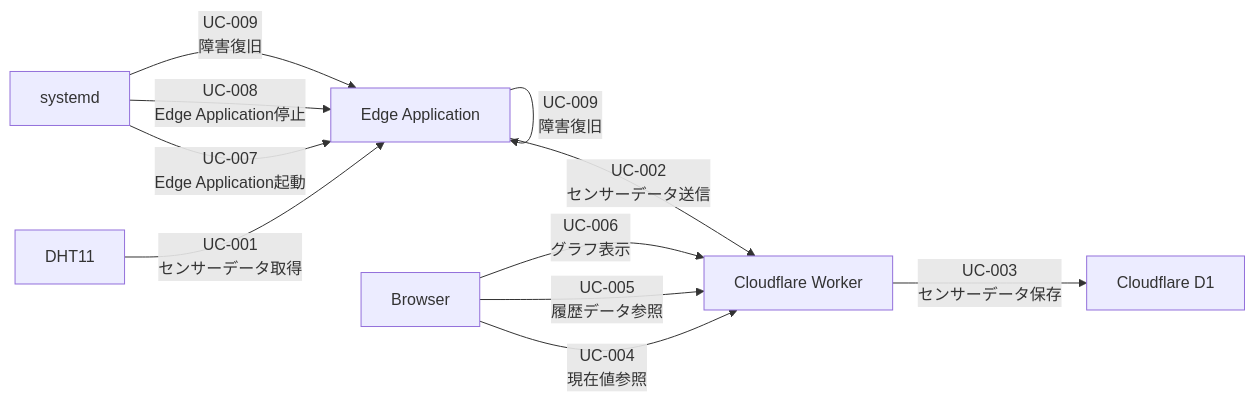
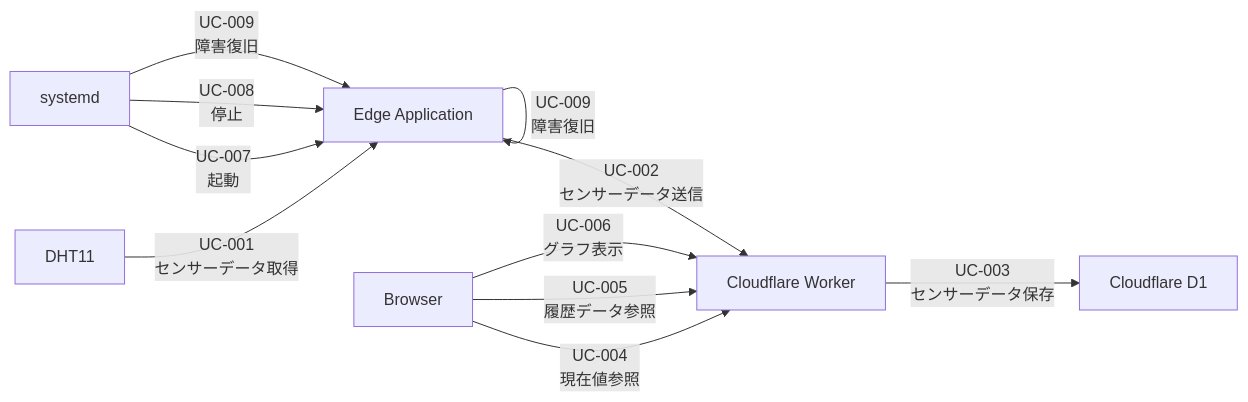
One commit to yujimasuda77777/Raspberry_Pi_4B_Edge_IoT_System changed the second of 3 diagrams in 01_requirements.md. Above: the diagram before and after it, drawn with Mermaid. The commit also changed other lines of this file and 1 other file, not shown here.

````diff
--- a/01_requirements.md
+++ b/01_requirements.md
@@ -267,27 +263,26 @@
 ```mermaid
 flowchart LR
     Sensor["DHT11"]
 
     Edge["Edge Application"]
     Systemd["systemd"]
 
     Worker["Cloudflare Worker"]
     D1["Cloudflare D1"]
 
     Browser["Browser"]
 
     Sensor -->|UC-001<br/>センサーデータ取得| Edge
-    Edge  -->|UC-002<br/>センサーデータ送信| Worker
-    Worker -->|UC-003<br/>センサーデータ保存|D1
+    Edge -->|UC-002<br/>センサーデータ送信| Worker
+    Worker -->|UC-003<br/>センサーデータ保存| D1
 
     Browser -->|UC-004<br/>現在値参照| Worker
     Browser -->|UC-005<br/>履歴データ参照| Worker
     Browser -->|UC-006<br/>グラフ表示| Worker
-    Systemd -->|UC-007<br/>Edge Application起動| Edge
-    Systemd -->|UC-008<br/>Edge Application停止| Edge
-    Edge --> |UC-009<br/>障害復旧| Edge
-    Systemd --> |UC-009<br/>障害復旧| Edge
 
-
+    Systemd -->|UC-007<br/>起動| Edge
+    Systemd -->|UC-008<br/>停止| Edge
+    Edge -->|UC-009<br/>障害復旧| Edge
+    Systemd -->|UC-009<br/>障害復旧| Edge
 
 ```
````
